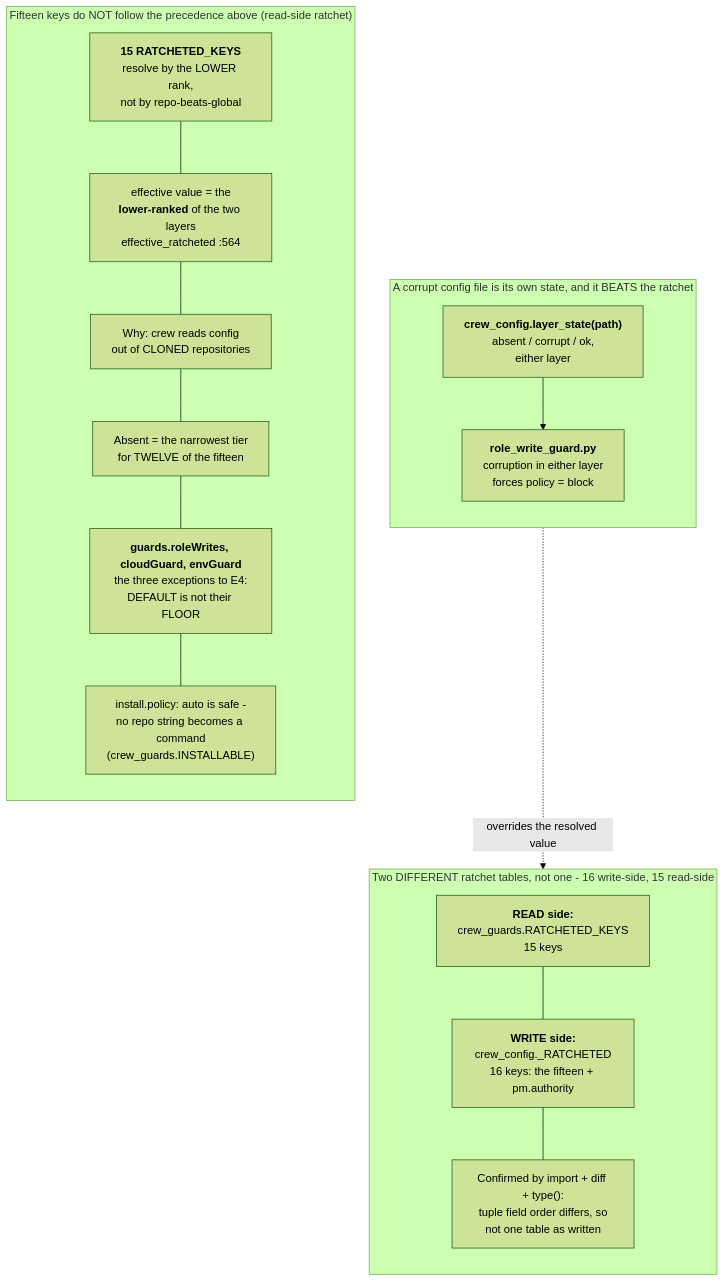
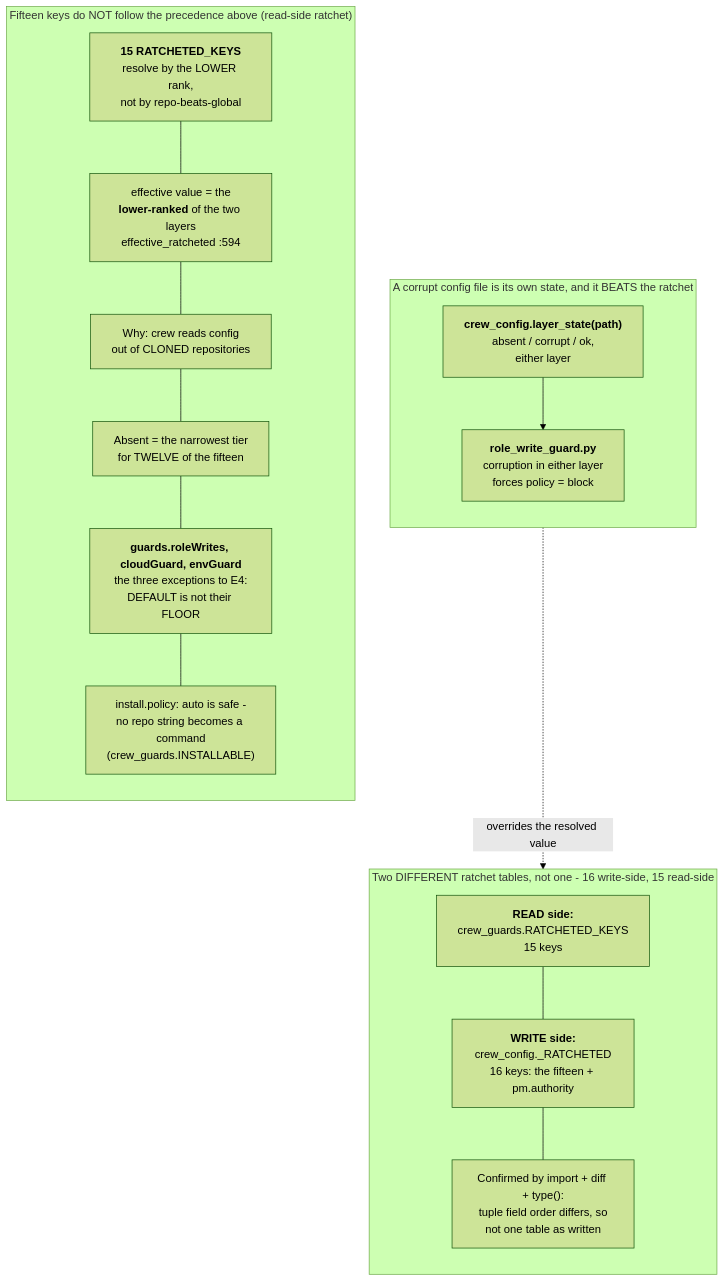
The diagram in docs/diagrams/data-flow-crew-config-ratchet.mmd (mbadali25/useful-claude-add-ons), drawn with Mermaid (forest theme) before and after one commit. The commit also changed 9 other files, not shown here.

Commit message:
L-0789: re-anchor data-flow-crew-config and its ratchet part to a792ce66b - crew 1.2.48

```diff
--- a/docs/diagrams/data-flow-crew-config-ratchet.mmd
+++ b/docs/diagrams/data-flow-crew-config-ratchet.mmd
@@ -1,98 +1,109 @@
-%% Generated from useful-claude-add-ons@388ceff31 on 2026-10-02, re-anchored 2026-10-09 (L-0713 follow-up refresh; see the note below the Purpose line). Verify before trusting.
+%% Generated from useful-claude-add-ons@a792ce66b on 2026-10-02, re-anchored 2026-10-18 (L-0789 refresh; see the notes below the Purpose line). Verify before trusting.
 %% Anchors: plugin/crew/hooks/scripts/crew_guards.py, plugin/crew/hooks/scripts/crew_config.py, plugin/crew/hooks/scripts/role_write_guard.py, plugin/crew/CONFIG.md, plugin/crew/tests/test_install_policy.py
 %% Purpose: The keys that do not follow repo-beats-global: the two ratchet tables (read side and write side), the fifteen keys that resolve by the lower rank, and how a corrupt config file forces the role-write guard to block.
+%% Re-anchored 0bf364417 -> a792ce66b (L-0789 refresh, 2026-10-18): of the Anchors paths only CONFIG.md changed since
+%%    the last note (git diff --stat 0bf364417..a792ce66b over this diagram's five Anchors paths), and nothing in it is a node or edge
+%%    this diagram draws: L-0805's context.warnAt 0.5 -> 0.4 (one table row and one subsection, ### context.warnAt defaults to 0.4,
+%%    in section 14). No section number moved (15 install.policy :1641, 16 guards :1721, 17 change :2532,
+%%    18 guards.roleWrites :2625, checked with grep -n). Before that, the L-0772 (f4d98abc) and SRL-2308 changes to crew_guards.py and
+%%    crew_config.py had moved every line this diagram cites: the Note lines below still carried the pre-L-0772 counts (13/14 keys)
+%%    and line numbers, though the boxes had been re-drawn. Every count and line number in the Note lines was re-taken at a792ce66b:
+%%    ALL_GUARD_NAMES 12, RATCHETED_KEYS 15, _RATCHETED 16, set(_RATCHETED) - set(RATCHETED_KEYS) == {'pm.authority'},
+%%    tuple shapes (function, function, dict) write-side and (tuple, function, function) read-side, by import and type(); line
+%%    numbers by grep -n. One node LABEL changed: E2's effective_ratcheted :564 -> :594. No node or edge was added or removed.
+%%    The "WHAT CREW 1.0 CHANGED" block below is history and keeps the counts it was written with (TEN names, 14/13 keys).
 %% Re-anchored 5307a80e -> 0bf364417 (L-0796, 2026-10-17): of the Anchors paths only CONFIG.md changed,
 %%    by one 44-line insertion and no heading: the verify-gate "Quiet Stop output" bullet (L-0796), outside
 %%    every config-resolution section this diagram draws. CONFIG.md is cited here by section only and no
 %%    section number moved. No node or edge changed.
 %% Re-drawn for L-0772 on 2026-10-11 (crew_guards.ENV_GUARD_NAMES, guards.envGuard). Measured by import on L-0772-env-guard:
 %%    ALL_GUARD_NAMES is TWELVE names (the ten below, guards.deployWorkflow, and envGuard), RATCHETED_KEYS 15 keys,
 %%    _RATCHETED 16, and set(_RATCHETED) - set(RATCHETED_KEYS) is still {'pm.authority'}. envGuard reuses roleWrites'
 %%    vocabulary through guard_tiers() (crew_guards.py:518), so it is the third key whose default is not its floor.
 %%    Line numbers in the notes below were not re-measured except where this note gives them.
 %% Re-anchored 1d10d8f6 -> 5307a80e (L-0713 follow-up refresh, 2026-10-09): of the Anchors paths only CONFIG.md changed,
 %%    by three bold paragraphs and no heading (L-0713 at :42-50, L-0703 in section 16, L-0710 after :3043); section 15
 %%    and 16 are still the install.policy and guard sections this diagram names, and it cites CONFIG.md by section only.
 %%    Earlier note (L-0712): crew_state.py changed only in resolve_role's fallback, new :1502-1720, and CONFIG.md gained a subsection at :884-900; no line this diagram cites moved, checked with grep -n). No node or edge changed.
 %% Split from data-flow-crew-config.mmd (the overview); edges to other parts are drawn there.
 %% WHAT CREW 1.0 CHANGED IN THIS FLOW, in the order the sections below draw it:
 %%  1. A FOURTH guard vocabulary, `cloudGuard` - same words as `roleWrites`
 %%     (off/report/block), its own switch. `crew_guards.ALL_GUARD_NAMES` is now
 %%     TEN names (six GUARD_NAMES + two PROD_GUARD_NAMES + roleWrites +
 %%     cloudGuard), all ten present as leaves in BOTH default_config() and
 %%     default_global_config() - confirmed by executing leaf_paths() in this
 %%     worktree, not assumed from the tuple.
 %%  2. The ratchet table grew again: write-side crew_config._RATCHETED is now
 %%     14 keys, read-side crew_guards.RATCHETED_KEYS is 13 (T-0005 added
 %%     environments.prodUnattended to both) - executed and
 %%     diffed (`set(_RATCHETED) - set(RATCHETED_KEYS)`), and the ONLY
 %%     difference is still `pm.authority`, exactly the asymmetry the previous
 %%     anchor drew at a smaller size. The tuple SHAPES still disagree
 %%     ((function, function, dict) write-side vs (tuple, function, function)
 %%     read-side), confirmed by `type()` on each element, not asserted.
-%% Note RG: <b>READ side: crew_guards.RATCHETED_KEYS</b> plugin/crew/hooks/scripts/crew_guards.py:522-549
-%%    <b>13 keys</b> (executed + len()'d, this pass): install.policy, change.requireForProduction,
-%%    environments.prodUnattended (T-0005), and all TEN guards.* - terraformApply, forcePush, adminMerge,
-%%    mergeGate, cloudDestructive, sqlDestructive, prodDatabase, prodServer, roleWrites, <b>cloudGuard
-%%    (new)</b>. Consumed by crew_config.resolve_ratcheted() :831 via crew_guards.effective_ratcheted() :564,
-%%    called at crew_config.py:875
-%% Note RC: <b>WRITE side: crew_config._RATCHETED</b> plugin/crew/hooks/scripts/crew_config.py:2527 (extended
-%%    through :2622) <b>14 keys</b>: the same thirteen PLUS pm.authority. pm.authority is still NOT in
+%% Note RG: <b>READ side: crew_guards.RATCHETED_KEYS</b> plugin/crew/hooks/scripts/crew_guards.py:552-579
+%%    <b>15 keys</b> (executed + len()'d at a792ce66b): install.policy, change.requireForProduction,
+%%    environments.prodUnattended (T-0005), and all TWELVE guards.* - terraformApply, forcePush, adminMerge,
+%%    mergeGate, cloudDestructive, sqlDestructive, deployWorkflow, prodDatabase, prodServer, roleWrites, cloudGuard,
+%%    <b>envGuard (L-0772)</b>. Consumed by crew_config.resolve_ratcheted() :1006 via crew_guards.effective_ratcheted() :594,
+%%    called at crew_config.py:1050
+%% Note RC: <b>WRITE side: crew_config._RATCHETED</b> plugin/crew/hooks/scripts/crew_config.py:3204 (extended
+%%    through :3338) <b>16 keys</b>: the same fifteen PLUS pm.authority. pm.authority is still NOT in
 %%    RATCHETED_KEYS - it resolves by ordinary precedence and only needs a widening NOTE when /crew:config
 %%    writes it
-%% Note RSHAPE: Confirmed by import + diff + type(), not asserted: 13-key intersection, pm.authority the only
+%% Note RSHAPE: Confirmed by import + diff + type(), not asserted: 15-key intersection, pm.authority the only
 %%    difference (`set(_RATCHETED) - set(RATCHETED_KEYS) == {'pm.authority'}`), and the tuple field order
 %%    STILL differs -- (function, function, dict) here, (tuple, function, function) there -- so the two still
 %%    cannot be collapsed into one table as written
-%% Note LS: crew_config.layer_state(path) plugin/crew/hooks/scripts/crew_config.py:937 classifies ONE config
+%% Note LS: crew_config.layer_state(path) plugin/crew/hooks/scripts/crew_config.py:1095 classifies ONE config
 %%    file, either layer (cloud=True / environments=True - the cloud guard's reads only - also call a
 %%    malformed cloud / environments block corrupt): <b>absent</b> - nothing there (os.path.lexists false, so
 %%    a DANGLING SYMLINK is corrupt, not absent). <b>corrupt</b> - present but not the shape this key needs: unreadable,
 %%    invalid JSON, not an object, or an object where <i>#quot;guards#quot; in parsed</i> and guards is not
 %%    itself a dict (an EXPLICIT null is corrupt, not an unset key). <b>ok</b> - everything else
-%% Note FORCE: plugin/crew/hooks/scripts/role_write_guard.py calls layer_state for BOTH layers at :760-761,
-%%    ORs them into forced_by_corruption :762, and sets policy = #quot;block#quot; UNCONDITIONALLY at :764-765
-%%    -- BEFORE the <i>elif policy == #quot;off#quot;: return 0</i> early exit at :766-767
-%% Note E1: <b>Every key in crew_guards.RATCHETED_KEYS :522-549 -- install.policy,
-%%    change.requireForProduction, environments.prodUnattended and all TEN guards.* -- resolves by the LOWER
+%% Note FORCE: plugin/crew/hooks/scripts/role_write_guard.py calls layer_state for BOTH layers at :763-764,
+%%    ORs them into forced_by_corruption :765, and sets policy = #quot;block#quot; UNCONDITIONALLY at :767-768
+%%    -- BEFORE the <i>elif policy == #quot;off#quot;: return 0</i> early exit at :769-770
+%% Note E1: <b>Every key in crew_guards.RATCHETED_KEYS :552-579 -- install.policy,
+%%    change.requireForProduction, environments.prodUnattended and all TWELVE guards.* -- resolves by the LOWER
 %%    rank, not by repo-beats-global.</b> CONFIG.md section 15 covers install.policy, section 16 the guards,
 %%    section 18 guards.roleWrites; environments.* is a subsection of section 16.
 %% Note E2: The effective value at each key is the <b>lower-ranked of the two layers</b> -
-%%    crew_guards.effective_ratcheted :564, reached through crew_config.resolve_ratcheted :831.
+%%    crew_guards.effective_ratcheted :594, reached through crew_config.resolve_ratcheted :1006.
 %% Note E3: Why: crew reads config out of CLONED repositories. A repo shipping install.policy: auto, or
 %%    guards.cloudGuard: report, would, under precedence, override a machine owner who chose manual or off.
 %% Note E4: Absent counts as the narrowest tier on either side for TWELVE of the fifteen, so the WIDEST grant
 %%    requires BOTH layers to agree.
 %% Note E5: <b>guards.roleWrites, guards.cloudGuard and guards.envGuard (L-0772) are the three exceptions to E4, and the only keys here
 %%    whose DEFAULT is not their FLOOR.</b> ROLE_WRITE_POLICIES is (block, report, off); ROLE_WRITE_DEFAULT is
 %%    <b>off</b>, the WIDEST tier, for all three names - cloudGuard and envGuard reuse roleWrites' own normalise/rank functions
-%%    rather than growing a second copy (crew_guards.py:450-487, guard_tiers() :490-504).
+%%    rather than growing a second copy (normalise_role_writes crew_guards.py:479, role_writes_rank :505, guard_tiers() :519-534).
 %% Note E6: install.policy: auto is safe only because no repo-controlled string can become a command -
 %%    crew_guards.INSTALLABLE maps a name to a literal argv tuple, consulted BEFORE the policy. Asserted in
 %%    tests/test_install_policy.py.
 flowchart TB
 
     subgraph Ratchet["Two DIFFERENT ratchet tables, not one - 16 write-side, 15 read-side"]
         direction TB
         RG["<b>READ side:</b><br/>crew_guards.RATCHETED_KEYS<br/>15 keys"]
         RC["<b>WRITE side:</b><br/>crew_config._RATCHETED<br/>16 keys: the fifteen + pm.authority"]
         RSHAPE["Confirmed by import + diff + type():<br/>tuple field order differs, so<br/>not one table as written"]
         RG --- RC --- RSHAPE
     end
     subgraph Corrupt["A corrupt config file is its own state, and it BEATS the ratchet"]
         direction TB
         LS["<b>crew_config.layer_state(path)</b><br/>absent / corrupt / ok,<br/>either layer"]
         FORCE["<b>role_write_guard.py</b><br/>corruption in either layer<br/>forces policy = block"]
         LS --> FORCE
     end
     FORCE -.->|"overrides the resolved value"| Ratchet
     subgraph Except["Fifteen keys do NOT follow the precedence above (read-side ratchet)"]
         direction TB
         E1["<b>15 RATCHETED_KEYS</b><br/>resolve by the LOWER rank,<br/>not by repo-beats-global"]
-        E2["effective value = the<br/><b>lower-ranked</b> of the two layers<br/>effective_ratcheted :564"]
+        E2["effective value = the<br/><b>lower-ranked</b> of the two layers<br/>effective_ratcheted :594"]
         E3["Why: crew reads config<br/>out of CLONED repositories"]
         E4["Absent = the narrowest tier<br/>for TWELVE of the fifteen"]
         E5["<b>guards.roleWrites, cloudGuard, envGuard</b><br/>the three exceptions to E4:<br/>DEFAULT is not their FLOOR"]
         E6["install.policy: auto is safe -<br/>no repo string becomes a command<br/>(crew_guards.INSTALLABLE)"]
         E1 --- E2 --- E3 --- E4 --- E5 --- E6
     end
```
